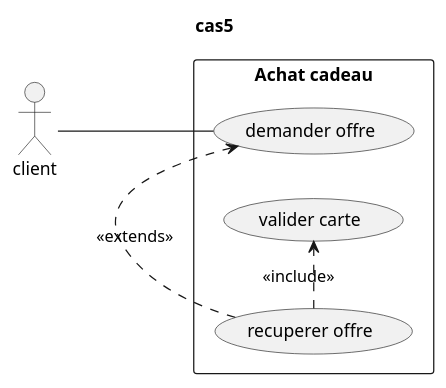
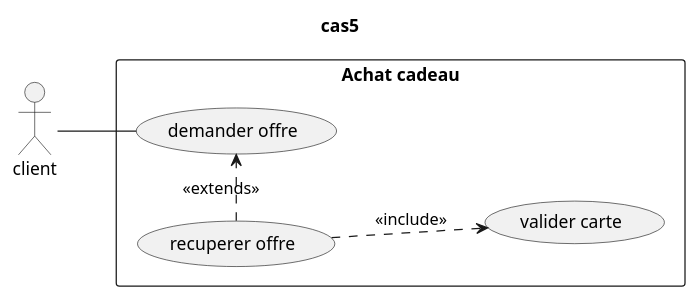
One commit to ZeroAbsolue/infidelite changed the sixth of 6 diagrams in Readme.puml. Above: the diagram before and after it, drawn with PlantUML. The commit also changed other lines of this file and 5 other files, not shown here.

Commit message:
Mise a jour du diagramme de classe et debut de la justification des choix de conceptionÈ

```diff
--- a/Readme.puml
+++ b/Readme.puml
@@ -151,17 +145,17 @@
 @startuml
 title cas5
 left to right direction
 
 actor client as C
 rectangle "Achat cadeau" {
     usecase "demander offre" as UC1
     usecase "recuperer offre" as UC2
     usecase "valider carte" as UC3
 
     UC2 .> UC1 : <<extends>>
-    UC2 .> UC3 : <<include>>
+    UC2 .down.> UC3 : <<include>>
 
 }
 
 C -- UC1
 @enduml
```
